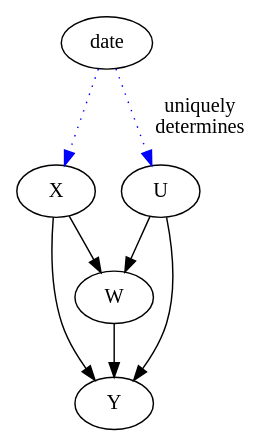
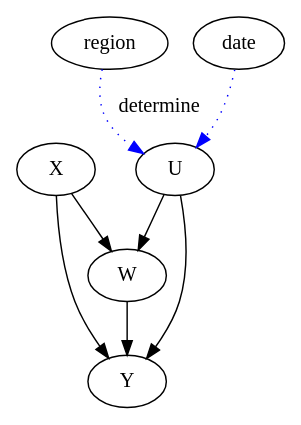
Before and after one commit to davidpomerenke/protest-impact: the fourth of 6 diagrams in report/3-modeling.qmd, drawn with Graphviz. The commit also changed other lines of this file and 15 other files, not shown here.

````diff
--- a/report/3-modeling.qmd
+++ b/report/3-modeling.qmd
@@ -129,13 +121,13 @@
 ```{dot}
 // | label: fig-causal-graph-synth
 // | fig-cap: Causal graph for the synthetic control method.
-// | fig-width: 200px
-// | fig-height: 250px
+// | fig-width: 180px
+// | fig-height: 220px
 // | column: margin
 digraph D {
   {X, U} -> {W} -> {Y}
   {X, U} -> {Y}
-  {date} -> {X} [style=dotted, color=blue]
-  {date} -> {U} [style=dotted, color=blue, label="uniquely\ndetermines"]
+  {region} -> {U} [style=dotted, color=blue, label="determine"]
+  {date} -> {U} [style=dotted, color=blue]
 }
 ```
````
